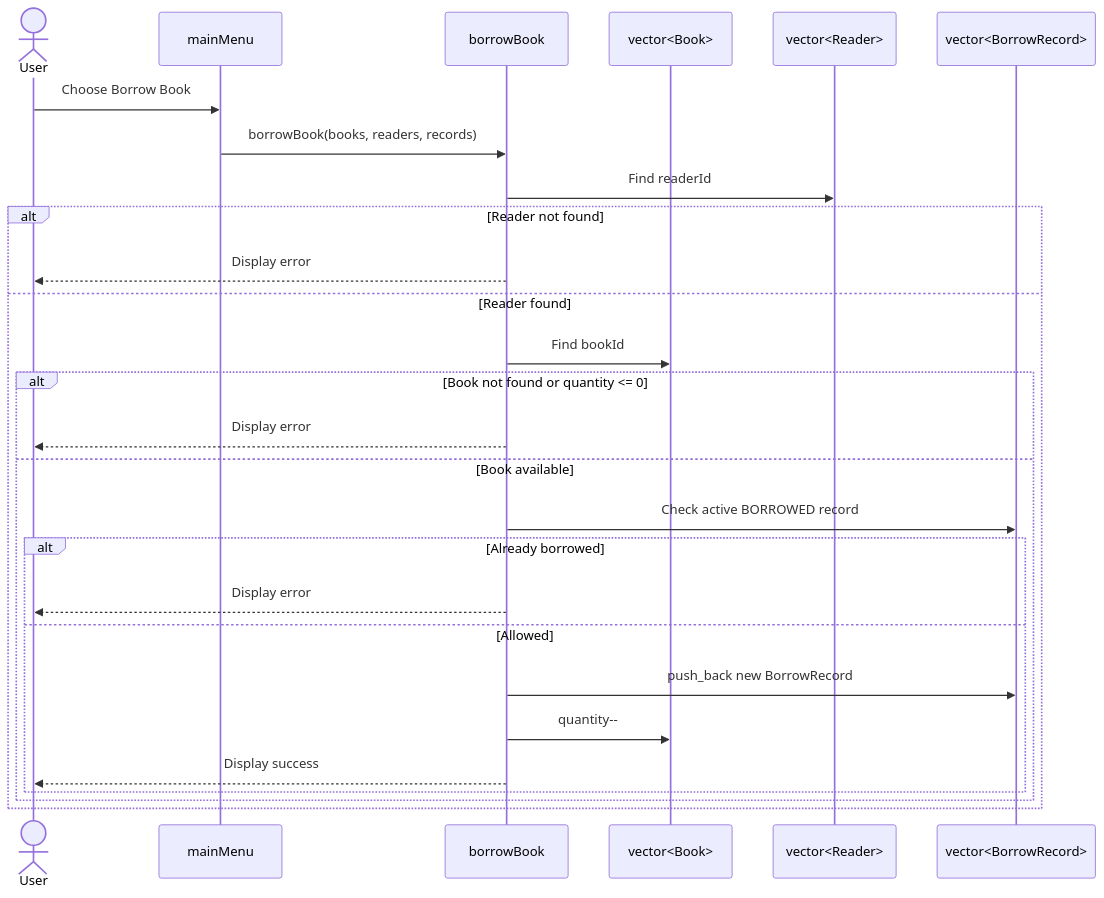
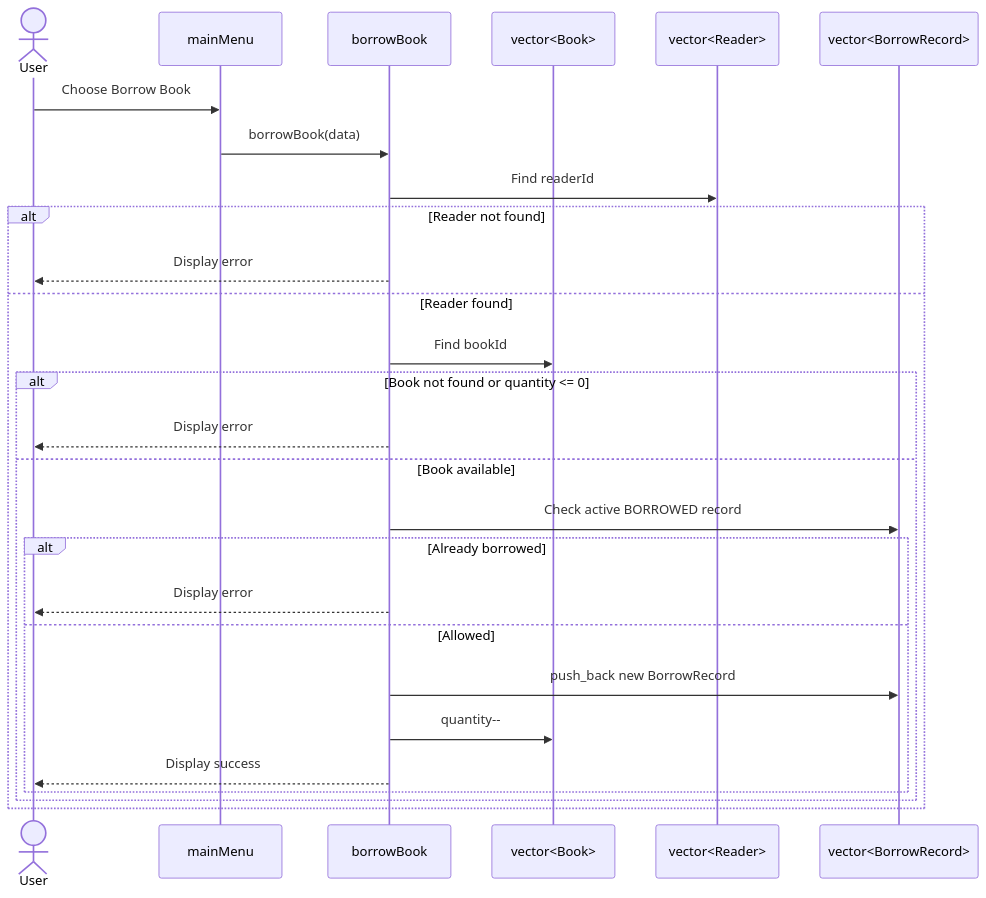
One commit to yodawu28/library-management changed the third of 4 diagrams in ARCHITECTURE.md. Above: the diagram before and after it, drawn with Mermaid. The commit also changed other lines of this file and 5 other files, not shown here.

First line of the commit message:
feat(borrow): implement return flow with library data

````diff
--- a/ARCHITECTURE.md
+++ b/ARCHITECTURE.md
@@ -126,30 +140,30 @@
 ```mermaid
 sequenceDiagram
     actor U as User
     participant M as mainMenu
     participant B as borrowBook
     participant Books as vector<Book>
     participant Readers as vector<Reader>
     participant Records as vector<BorrowRecord>
 
     U->>M: Choose Borrow Book
-    M->>B: borrowBook(books, readers, records)
+    M->>B: borrowBook(data)
     B->>Readers: Find readerId
     alt Reader not found
         B-->>U: Display error
     else Reader found
         B->>Books: Find bookId
         alt Book not found or quantity <= 0
             B-->>U: Display error
         else Book available
             B->>Records: Check active BORROWED record
             alt Already borrowed
                 B-->>U: Display error
             else Allowed
                 B->>Records: push_back new BorrowRecord
                 B->>Books: quantity--
                 B-->>U: Display success
             end
         end
     end
 ```
````
